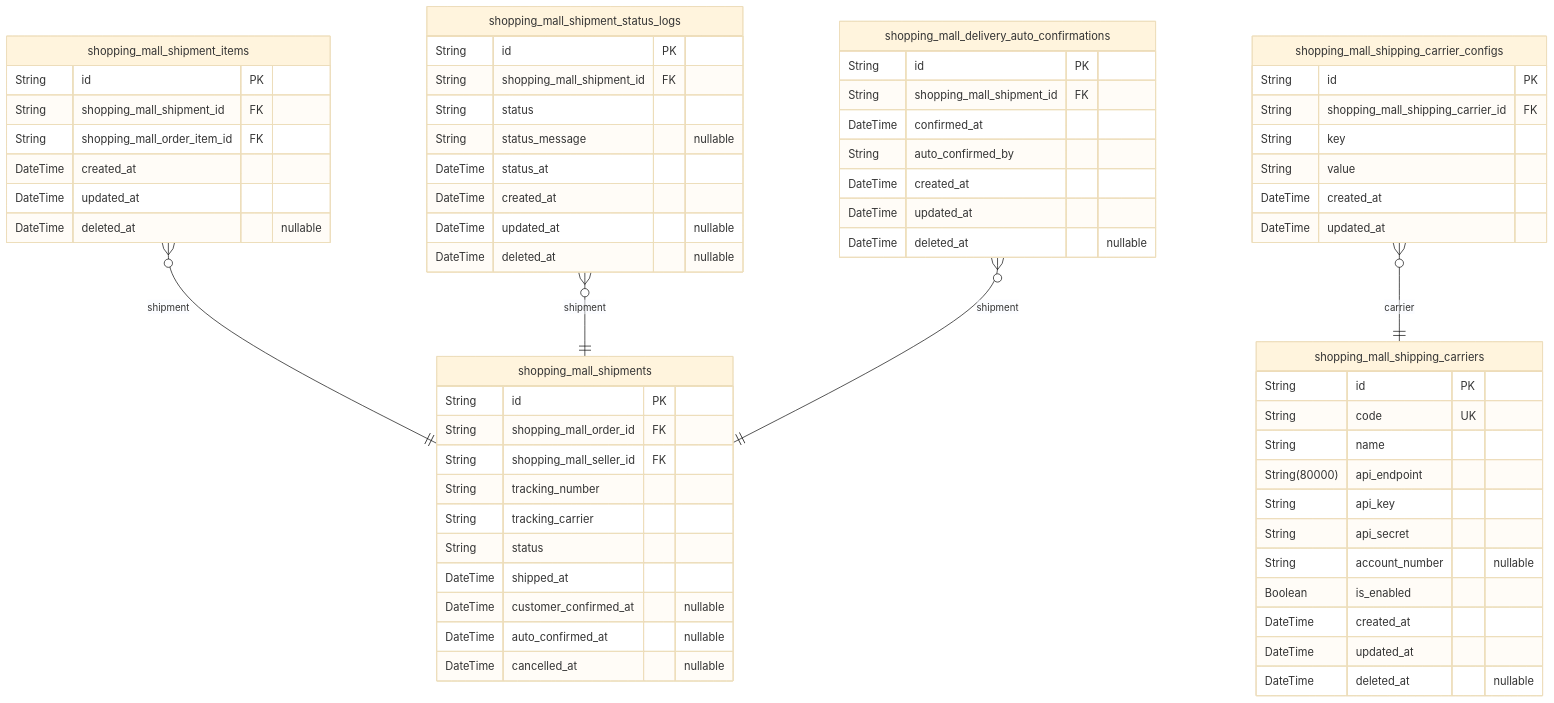
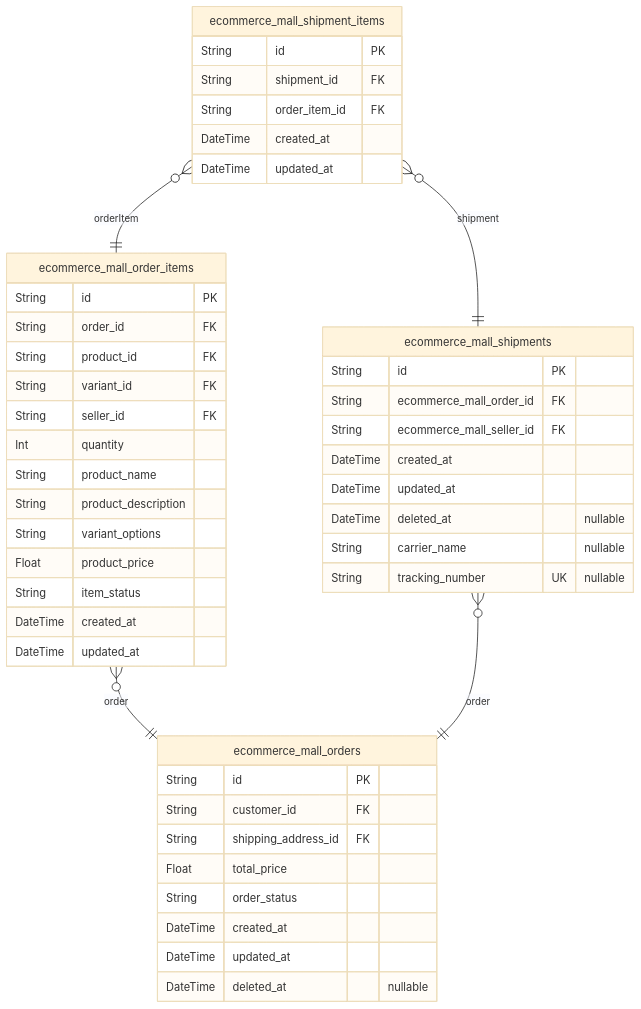
The tenth of 11 diagrams in qwen/qwen3-coder-next/shopping/docs/ERD.md (wrtnlabs/autobe-examples), drawn with Mermaid (base theme) before and after one commit. The commit also changed other lines of this file and 13530 other files, not shown here.

````diff
--- a/qwen/qwen3-coder-next/shopping/docs/ERD.md
+++ b/qwen/qwen3-coder-next/shopping/docs/ERD.md
@@ -2356,67 +1763,49 @@
 ```mermaid
 erDiagram
-"shopping_mall_shipments" {
+"ecommerce_mall_orders" {
   String id PK
-  String shopping_mall_order_id FK
-  String shopping_mall_seller_id FK
-  String tracking_number
-  String tracking_carrier
-  String status
-  DateTime shipped_at
-  DateTime customer_confirmed_at "nullable"
-  DateTime auto_confirmed_at "nullable"
-  DateTime cancelled_at "nullable"
-}
-"shopping_mall_shipment_items" {
-  String id PK
-  String shopping_mall_shipment_id FK
-  String shopping_mall_order_item_id FK
+  String customer_id FK
+  String shipping_address_id FK
+  Float total_price
+  String order_status
   DateTime created_at
   DateTime updated_at
   DateTime deleted_at "nullable"
 }
-"shopping_mall_shipment_status_logs" {
+"ecommerce_mall_order_items" {
   String id PK
-  String shopping_mall_shipment_id FK
-  String status
-  String status_message "nullable"
-  DateTime status_at
+  String order_id FK
+  String product_id FK
+  String variant_id FK
+  String seller_id FK
+  Int quantity
+  String product_name
+  String product_description
+  String variant_options
+  Float product_price
+  String item_status
   DateTime created_at
-  DateTime updated_at "nullable"
-  DateTime deleted_at "nullable"
+  DateTime updated_at
 }
-"shopping_mall_delivery_auto_confirmations" {
+"ecommerce_mall_shipments" {
   String id PK
-  String shopping_mall_shipment_id FK
-  DateTime confirmed_at
-  String auto_confirmed_by
+  String ecommerce_mall_order_id FK
+  String ecommerce_mall_seller_id FK
   DateTime created_at
   DateTime updated_at
   DateTime deleted_at "nullable"
+  String carrier_name "nullable"
+  String tracking_number UK "nullable"
 }
-"shopping_mall_shipping_carriers" {
+"ecommerce_mall_shipment_items" {
   String id PK
-  String code UK
-  String name
-  String(80000) api_endpoint
-  String api_key
-  String api_secret
-  String account_number "nullable"
-  Boolean is_enabled
-  DateTime created_at
-  DateTime updated_at
-  DateTime deleted_at "nullable"
-}
-"shopping_mall_shipping_carrier_configs" {
-  String id PK
-  String shopping_mall_shipping_carrier_id FK
-  String key
-  String value
+  String shipment_id FK
+  String order_item_id FK
   DateTime created_at
   DateTime updated_at
 }
-"shopping_mall_shipment_items" }o--|| "shopping_mall_shipments" : shipment
-"shopping_mall_shipment_status_logs" }o--|| "shopping_mall_shipments" : shipment
-"shopping_mall_delivery_auto_confirmations" }o--|| "shopping_mall_shipments" : shipment
-"shopping_mall_shipping_carrier_configs" }o--|| "shopping_mall_shipping_carriers" : carrier
+"ecommerce_mall_order_items" }o--|| "ecommerce_mall_orders" : order
+"ecommerce_mall_shipments" }o--|| "ecommerce_mall_orders" : order
+"ecommerce_mall_shipment_items" }o--|| "ecommerce_mall_shipments" : shipment
+"ecommerce_mall_shipment_items" }o--|| "ecommerce_mall_order_items" : orderItem
 ```
````
